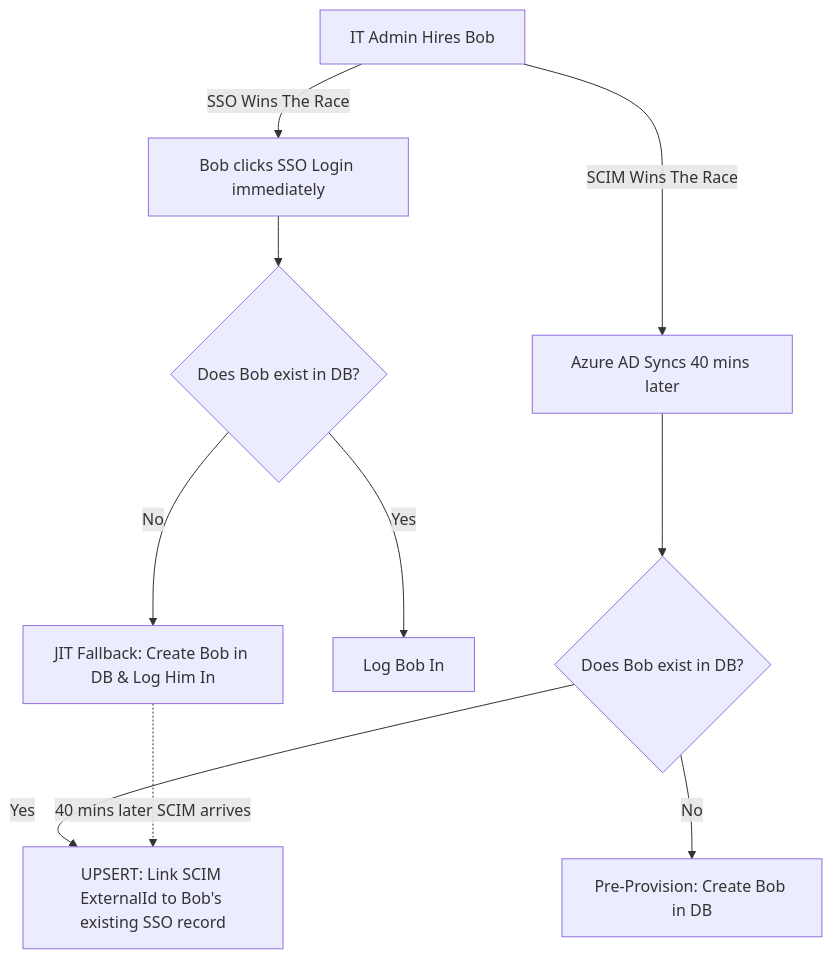
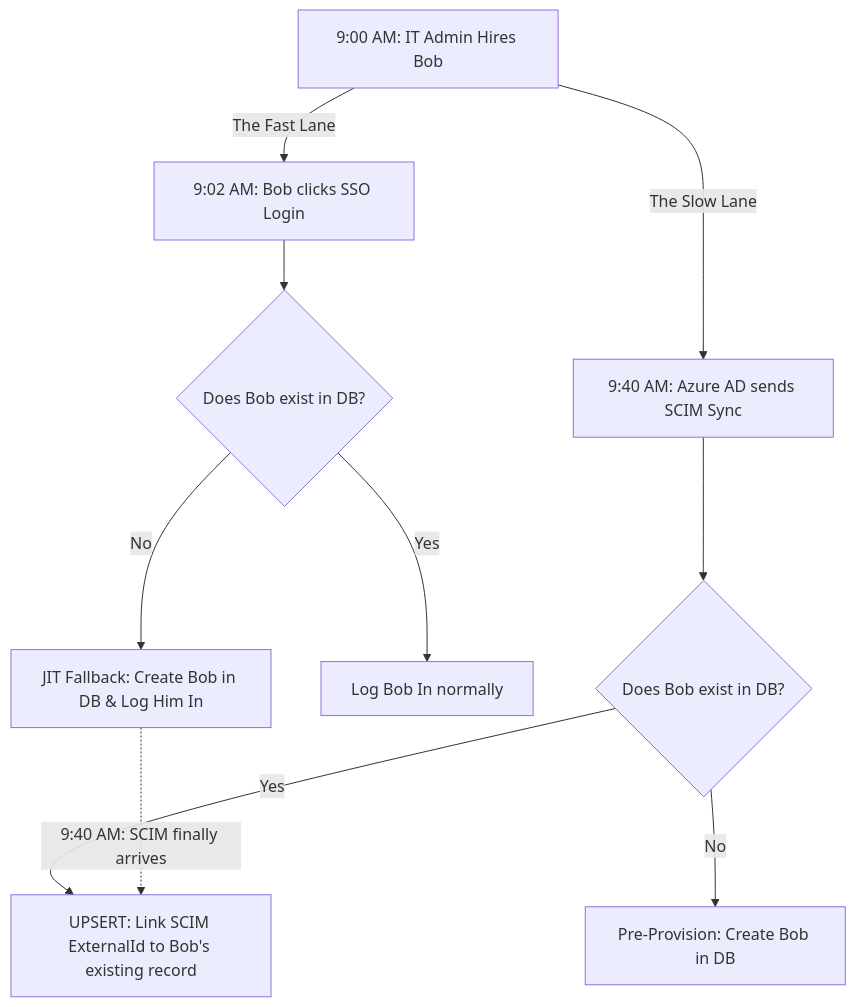
One commit to nirajp82/IdentityAccessManagement_IAM changed the second of 2 diagrams in Quiz/04-directory-sync-identity-lifecycle-scim.md. Above: the diagram before and after it, drawn with Mermaid. The commit also changed other lines of this file, not shown here.

````diff
--- a/Quiz/04-directory-sync-identity-lifecycle-scim.md
+++ b/Quiz/04-directory-sync-identity-lifecycle-scim.md
@@ -396,16 +414,16 @@
 ```mermaid
 graph TD
-    Start[IT Admin Hires Bob] --> |SSO Wins The Race| SSO[Bob clicks SSO Login immediately]
-    Start --> |SCIM Wins The Race| SCIM[Azure AD Syncs 40 mins later]
+    Start[9:00 AM: IT Admin Hires Bob] --> |The Fast Lane| SSO[9:02 AM: Bob clicks SSO Login]
+    Start --> |The Slow Lane| SCIM[9:40 AM: Azure AD sends SCIM Sync]
 
     SSO --> Check1{Does Bob exist in DB?}
     Check1 -->|No| CreateJIT[JIT Fallback: Create Bob in DB & Log Him In]
-    Check1 -->|Yes| Login[Log Bob In]
+    Check1 -->|Yes| Login[Log Bob In normally]
 
     SCIM --> Check2{Does Bob exist in DB?}
     Check2 -->|No| CreateSCIM[Pre-Provision: Create Bob in DB]
-    Check2 -->|Yes| Upsert[UPSERT: Link SCIM ExternalId to Bob's existing SSO record]
+    Check2 -->|Yes| Upsert[UPSERT: Link SCIM ExternalId to Bob's existing record]
 
-    CreateJIT -.-> |40 mins later SCIM arrives| Upsert
+    CreateJIT -.-> |9:40 AM: SCIM finally arrives| Upsert
 
 ```
````
